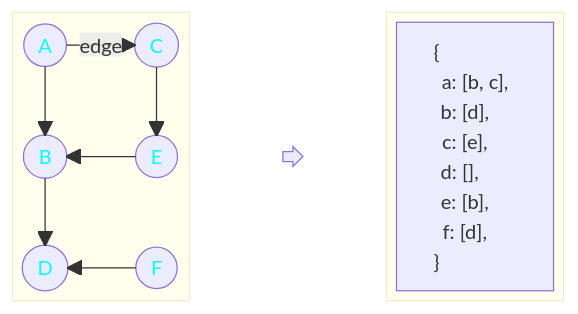
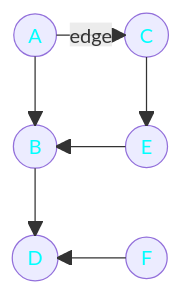
Before and after one commit to BradleyGilden/DSA-Practice: the first of 2 diagrams in Graphs/GraphsSummary.md, drawn with Mermaid. The commit also changed other lines of this file, not shown here.

````diff
--- a/Graphs/GraphsSummary.md
+++ b/Graphs/GraphsSummary.md
@@ -13,21 +10,15 @@
 ```mermaid
   block-beta
-  block
   columns 3
   A(("<font color='cyan'>&nbsp;&nbsp;A&nbsp;&nbsp;</font>")) space C(("<font color='cyan'>&nbsp;&nbsp;C&nbsp;&nbsp;</font>"))
   space space space
   B(("<font color='cyan'>&nbsp;&nbsp;B&nbsp;&nbsp;</font>")) space E(("<font color='cyan'>&nbsp;&nbsp;E&nbsp;&nbsp;</font>"))
   space space space
   D(("<font color='cyan'>&nbsp;&nbsp;D&nbsp;&nbsp;</font>")) space F(("<font color='cyan'>&nbsp;&nbsp;F&nbsp;&nbsp;</font>"))
   A--"edge"-->C
   C-->E
   E-->B
   A-->B
   F-->D
   B-->D
-  end
-  blockArrowId<[" "]>(right)
-  block
-  a["{&nbsp;&nbsp;&nbsp;&nbsp;&nbsp;&nbsp;&nbsp;&nbsp;&nbsp;&nbsp;&nbsp;&nbsp;&nbsp;&nbsp;&nbsp;\na: [b, c],\nb: [d],&nbsp;&nbsp;&nbsp;&nbsp;\nc: [e],&nbsp;&nbsp;&nbsp;&nbsp;\nd: [],&nbsp;&nbsp;&nbsp;&nbsp;&nbsp;&nbsp;\ne: [b],&nbsp;&nbsp;&nbsp;&nbsp;\nf: [d],&nbsp;&nbsp;&nbsp;&nbsp;\n}&nbsp;&nbsp;&nbsp;&nbsp;&nbsp;&nbsp;&nbsp;&nbsp;&nbsp;&nbsp;&nbsp;&nbsp;&nbsp;&nbsp;&nbsp;"]
-  end
 ```
````
